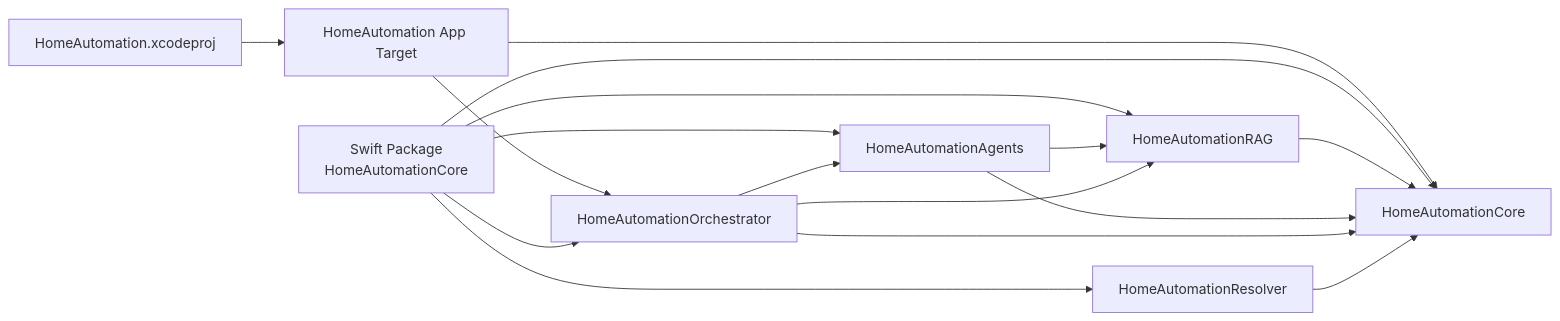
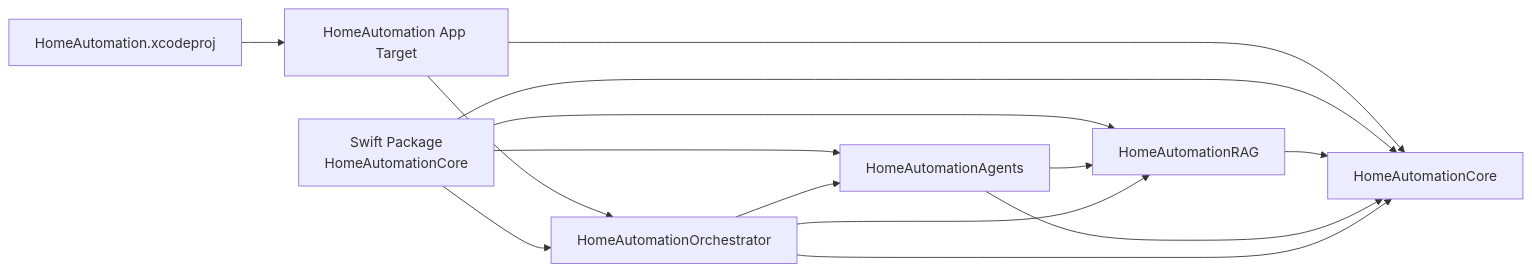
Before and after one commit to ksypinro/HomeAutomation: the second of 6 diagrams in Architecture.md, drawn with Mermaid. The commit also changed other lines of this file and 40 other files, not shown here.

````diff
--- a/Architecture.md
+++ b/Architecture.md
@@ -143,30 +152,27 @@
 ```mermaid
 flowchart LR
     Xcode["HomeAutomation.xcodeproj"]
     AppTarget["HomeAutomation App Target"]
     Package["Swift Package<br/>HomeAutomationCore"]
 
     Core["HomeAutomationCore"]
     RAG["HomeAutomationRAG"]
     Agents["HomeAutomationAgents"]
     Orchestrator["HomeAutomationOrchestrator"]
-    Resolver["HomeAutomationResolver"]
 
     Xcode --> AppTarget
     AppTarget --> Core
     AppTarget --> Orchestrator
 
     Package --> Core
     Package --> RAG
     Package --> Agents
     Package --> Orchestrator
-    Package --> Resolver
 
     RAG --> Core
     Agents --> Core
     Agents --> RAG
     Orchestrator --> Core
     Orchestrator --> RAG
     Orchestrator --> Agents
-    Resolver --> Core
 ```
````
